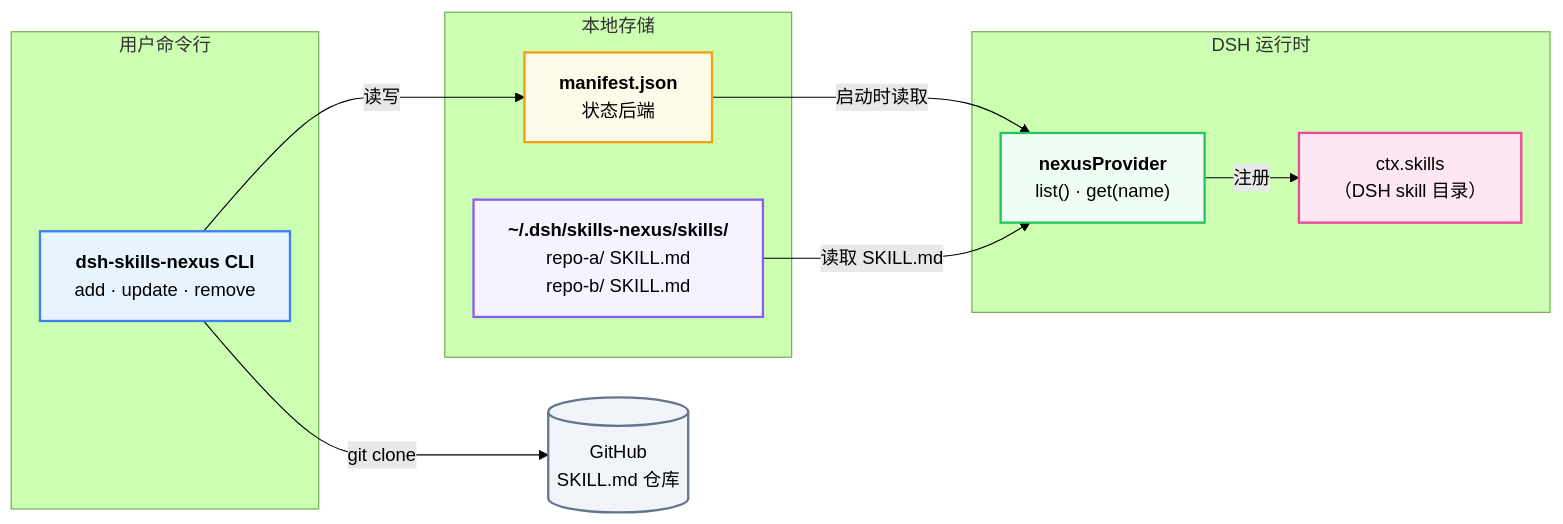
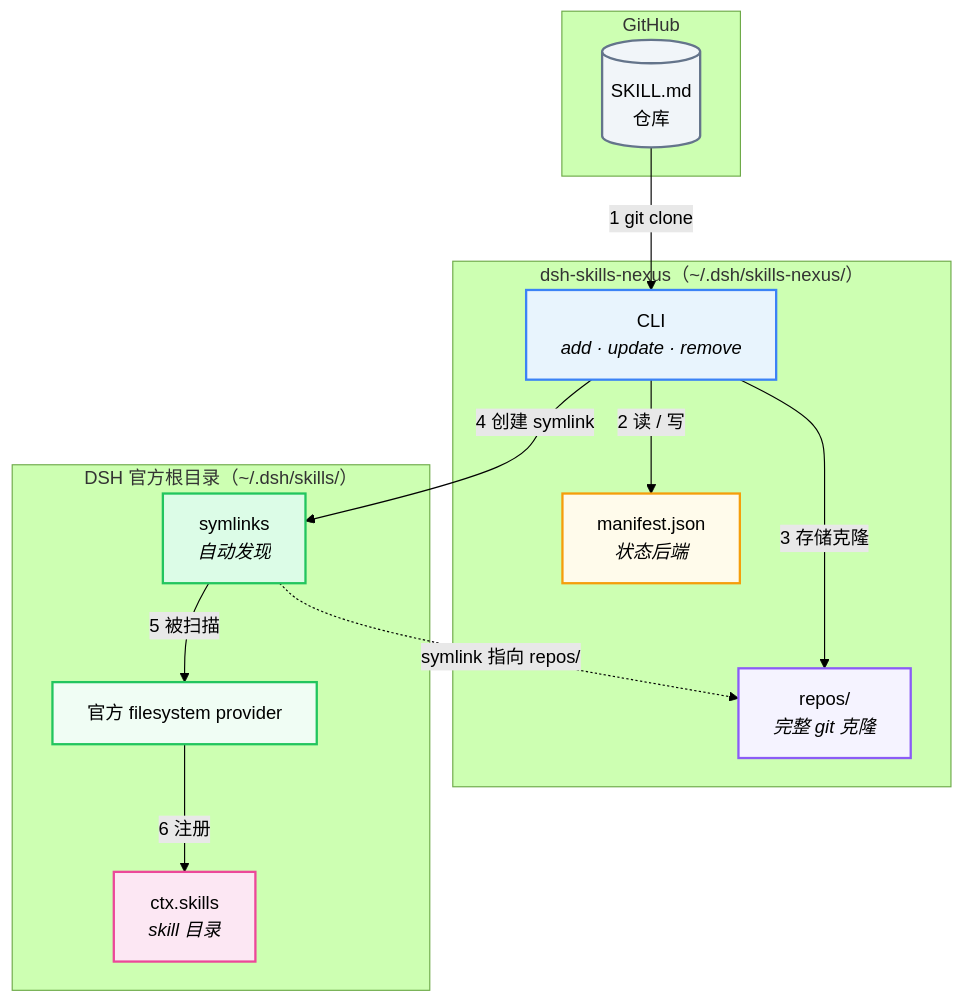
The diagram in README_CN.md (xiaxi626/dsh-skills-nexus), drawn with Mermaid (forest theme) before and after one commit. The commit also changed other lines of this file and 91 other files, not shown here.

First line of the commit message:
feat: 架构重构为 Symlink + 官方 Provider

````diff
--- a/README_CN.md
+++ b/README_CN.md
@@ -11,31 +16,34 @@
 ```mermaid
-flowchart LR
-    subgraph 用户命令行
-        A["<b>dsh-skills-nexus CLI</b><br/>add · update · remove"]
+flowchart TD
+    subgraph SRC["GitHub"]
+        G[("SKILL.md<br/>仓库")]
     end
 
-    subgraph 本地存储
-        M["<b>manifest.json</b><br/>状态后端"]
-        S["<b>~/.dsh/skills-nexus/skills/</b><br/>repo-a/ SKILL.md<br/>repo-b/ SKILL.md"]
+    subgraph NEXUS["dsh-skills-nexus（~/.dsh/skills-nexus/）"]
+        A["CLI<br/><i>add · update · remove</i>"]
+        M["manifest.json<br/><i>状态后端</i>"]
+        R["repos/<br/><i>完整 git 克隆</i>"]
     end
 
-    subgraph DSH 运行时
-        P["<b>nexusProvider</b><br/>list() · get(name)"]
-        C["ctx.skills<br/>（DSH skill 目录）"]
+    subgraph DSH["DSH 官方根目录（~/.dsh/skills/）"]
+        L["symlinks<br/><i>自动发现</i>"]
+        P["官方 filesystem provider"]
+        C["ctx.skills<br/><i>skill 目录</i>"]
     end
 
-    G[("GitHub<br/>SKILL.md 仓库")]
-
-    A -- "git clone" --> G
-    A -- "读写" --> M
-    M -- "启动时读取" --> P
-    S -- "读取 SKILL.md" --> P
-    P -- "注册" --> C
+    G -->|"1  git clone"| A
+    A -->|"2  读 / 写"| M
+    A -->|"3  存储克隆"| R
+    A -->|"4  创建 symlink"| L
+    L -.->|"symlink 指向 repos/"| R
+    L -->|"5  被扫描"| P
+    P -->|"6  注册"| C
 
     style A fill:#e8f4fd,stroke:#3b82f6,stroke-width:2px,color:#000
     style P fill:#f0fdf4,stroke:#22c55e,stroke-width:2px,color:#000
     style M fill:#fffbeb,stroke:#f59e0b,stroke-width:2px,color:#000
-    style S fill:#f5f3ff,stroke:#8b5cf6,stroke-width:2px,color:#000
+    style R fill:#f5f3ff,stroke:#8b5cf6,stroke-width:2px,color:#000
+    style L fill:#dcfce7,stroke:#22c55e,stroke-width:2px,color:#000
     style C fill:#fce7f3,stroke:#ec4899,stroke-width:2px,color:#000
     style G fill:#f1f5f9,stroke:#64748b,stroke-width:2px,color:#000
 ```
````
